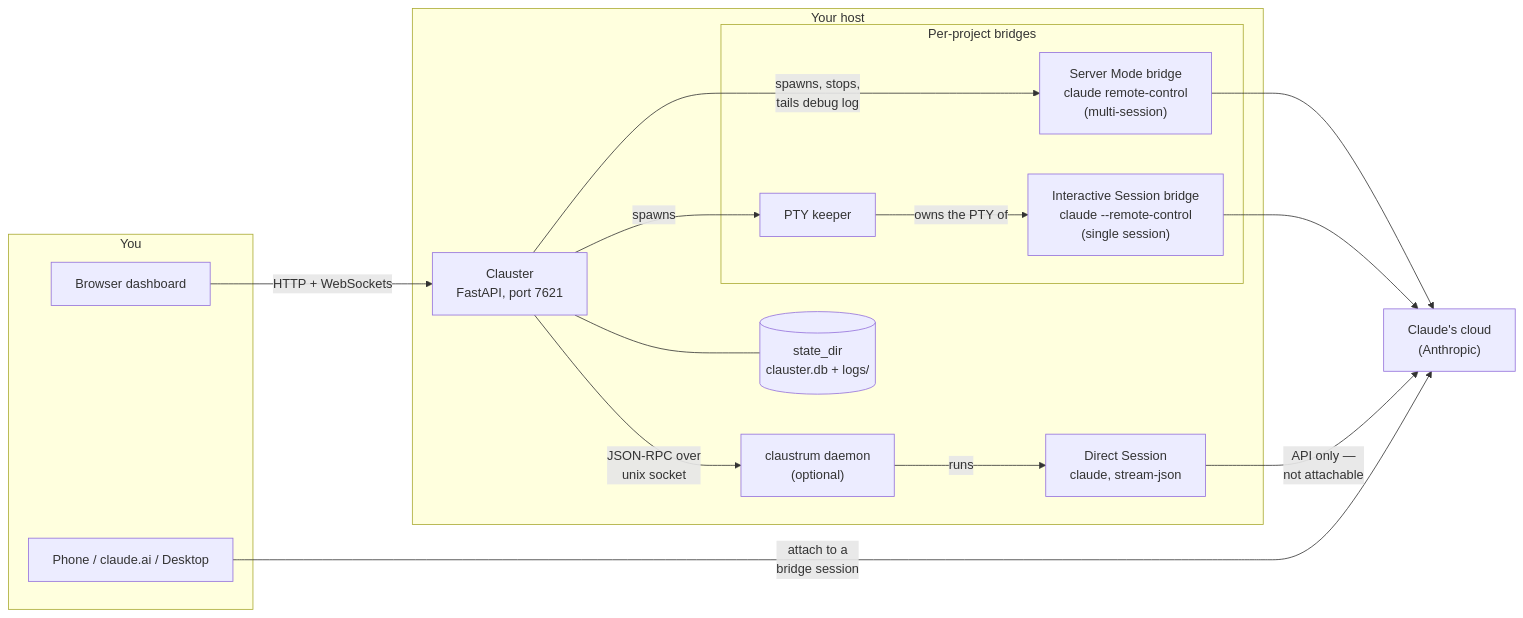
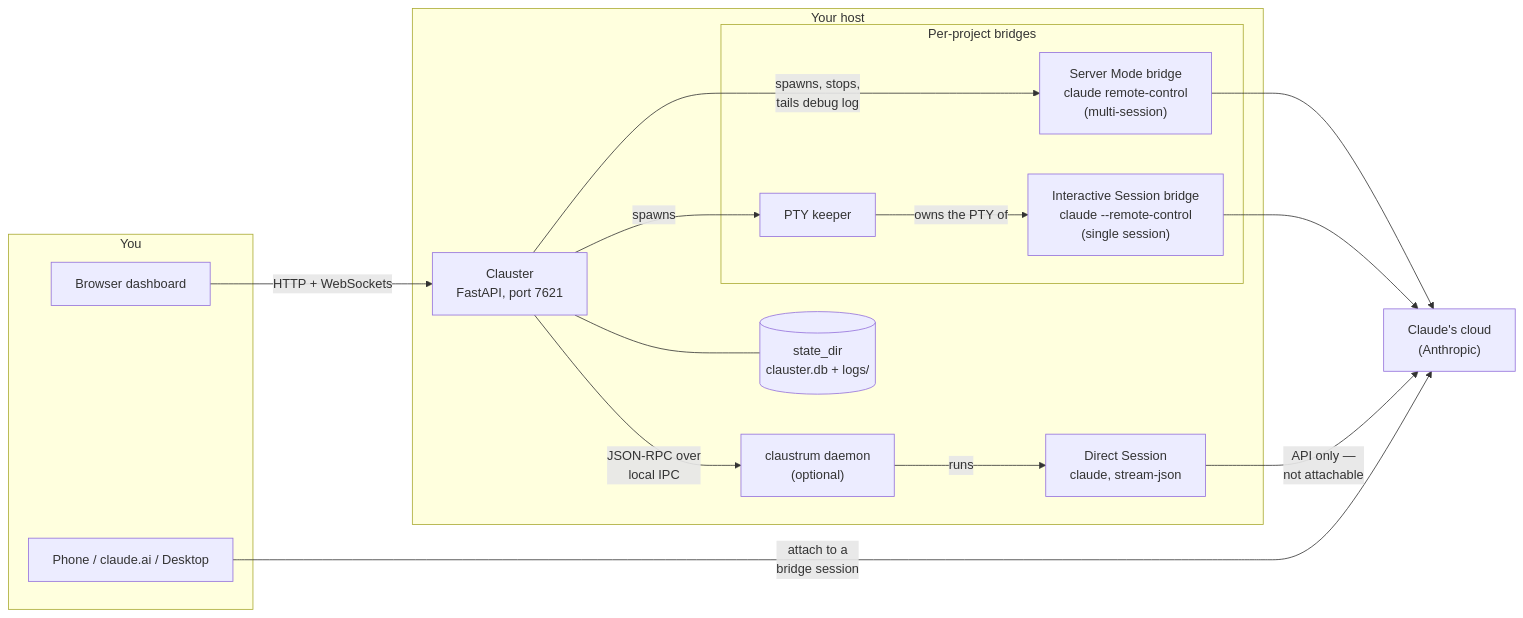
The diagram in docs/concepts/how-it-works.md (schubydoo/clauster), drawn with Mermaid before and after one commit. The commit also changed other lines of this file, not shown here.

First line of the commit message:
docs: scope the no-persisted-PIDs claim; IPC wording covers Windows

````diff
--- a/docs/concepts/how-it-works.md
+++ b/docs/concepts/how-it-works.md
@@ -33,30 +33,30 @@
 ```mermaid
 flowchart LR
     subgraph you["You"]
         B["Browser dashboard"]
         P["Phone / claude.ai / Desktop"]
     end
     subgraph host["Your host"]
         C["Clauster<br/>FastAPI, port 7621"]
         ST[("state_dir<br/>clauster.db + logs/")]
         subgraph bridges["Per-project bridges"]
             S["Server Mode bridge<br/>claude remote-control<br/>(multi-session)"]
             K["PTY keeper"]
             I["Interactive Session bridge<br/>claude --remote-control<br/>(single session)"]
         end
         D["claustrum daemon<br/>(optional)"]
         H["Direct Session<br/>claude, stream-json"]
     end
     CLOUD["Claude's cloud<br/>(Anthropic)"]
     B -->|"HTTP + WebSockets"| C
     C --- ST
     C -->|"spawns, stops,<br/>tails debug log"| S
     C -->|"spawns"| K
     K -->|"owns the PTY of"| I
-    C -->|"JSON-RPC over<br/>unix socket"| D
+    C -->|"JSON-RPC over<br/>local IPC"| D
     D -->|"runs"| H
     S --> CLOUD
     I --> CLOUD
     H -->|"API only —<br/>not attachable"| CLOUD
     P -->|"attach to a<br/>bridge session"| CLOUD
 ```
````
